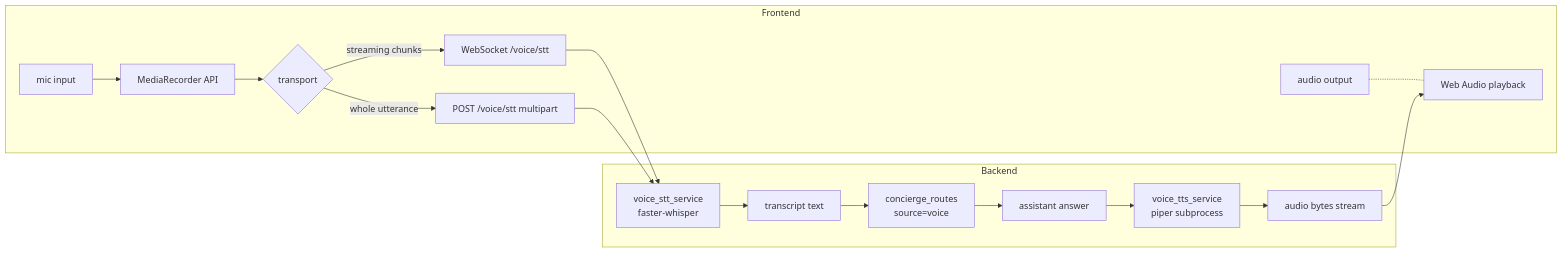
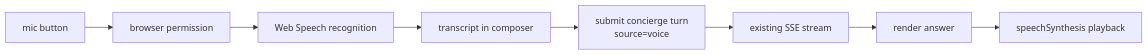
One commit to arpitarya/alpha-forge-anton changed the diagram in concierge/compare/20-voice-stack.md. Above: the diagram before and after it, drawn with Mermaid. The commit also changed other lines of this file and 24 other files, not shown here.

````diff
--- a/concierge/compare/20-voice-stack.md
+++ b/concierge/compare/20-voice-stack.md
@@ -79,21 +32,10 @@
 ```mermaid
 flowchart LR
-    subgraph Frontend
-        MIC[mic input] --> RECORD[MediaRecorder API]
-        RECORD --> WS{transport}
-        WS -- streaming chunks --> WSS[WebSocket /voice/stt]
-        WS -- whole utterance --> POST[POST /voice/stt multipart]
-        SPEAKER[audio output] -.- TTSPLAY[Web Audio playback]
-    end
-
-    subgraph Backend
-        WSS --> STT_SVC[voice_stt_service\nfaster-whisper]
-        POST --> STT_SVC
-        STT_SVC --> TRANSCRIPT[transcript text]
-        TRANSCRIPT --> CONCIERGE[concierge_routes\nsource=voice]
-        CONCIERGE --> ANSWER[assistant answer]
-        ANSWER --> TTS_SVC[voice_tts_service\npiper subprocess]
-        TTS_SVC --> AUDIO_STREAM[audio bytes stream]
-        AUDIO_STREAM --> TTSPLAY
-    end
+    MIC[mic button] --> PERM[browser permission]
+    PERM --> STT[Web Speech recognition]
+    STT --> REVIEW[transcript in composer]
+    REVIEW --> SEND[submit concierge turn\nsource=voice]
+    SEND --> SSE[existing SSE stream]
+    SSE --> TEXT[render answer]
+    TEXT --> TTS[speechSynthesis playback]
 ```
````
